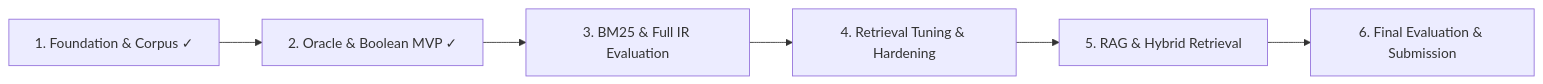
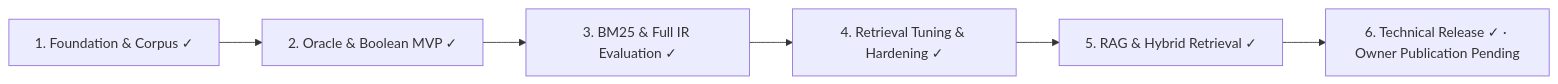
The diagram in Project-Master-Plan.md (goespy/Peptide-RAG), drawn with Mermaid before and after one commit. The commit also changed other lines of this file and 15 other files, not shown here.

Commit message:
document final release evidence

````diff
--- a/Project-Master-Plan.md
+++ b/Project-Master-Plan.md
@@ -5,8 +5,8 @@
 ```mermaid
 flowchart LR
     A["1. Foundation & Corpus ✓"] --> B["2. Oracle & Boolean MVP ✓"]
-    B --> C["3. BM25 & Full IR Evaluation"]
-    C --> D["4. Retrieval Tuning & Hardening"]
-    D --> E["5. RAG & Hybrid Retrieval"]
-    E --> F["6. Final Evaluation & Submission"]
+    B --> C["3. BM25 & Full IR Evaluation ✓"]
+    C --> D["4. Retrieval Tuning & Hardening ✓"]
+    D --> E["5. RAG & Hybrid Retrieval ✓"]
+    E --> F["6. Technical Release ✓ · Owner Publication Pending"]
 ```
````
